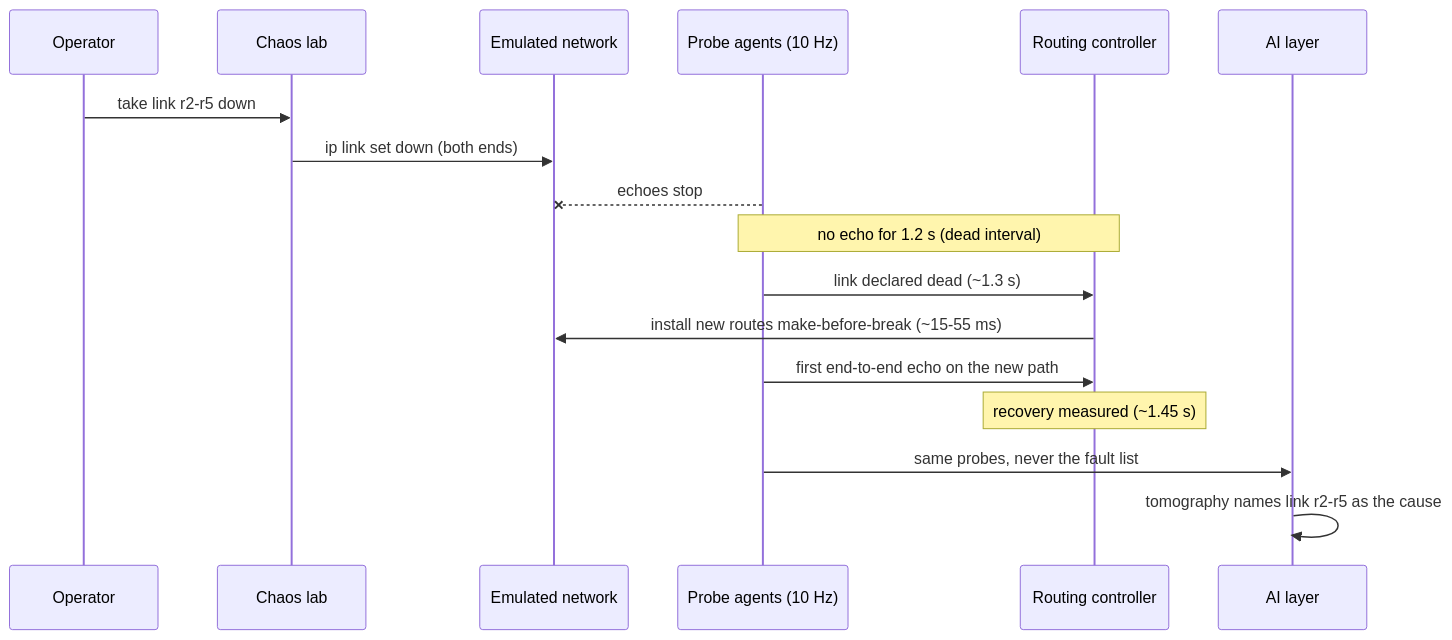
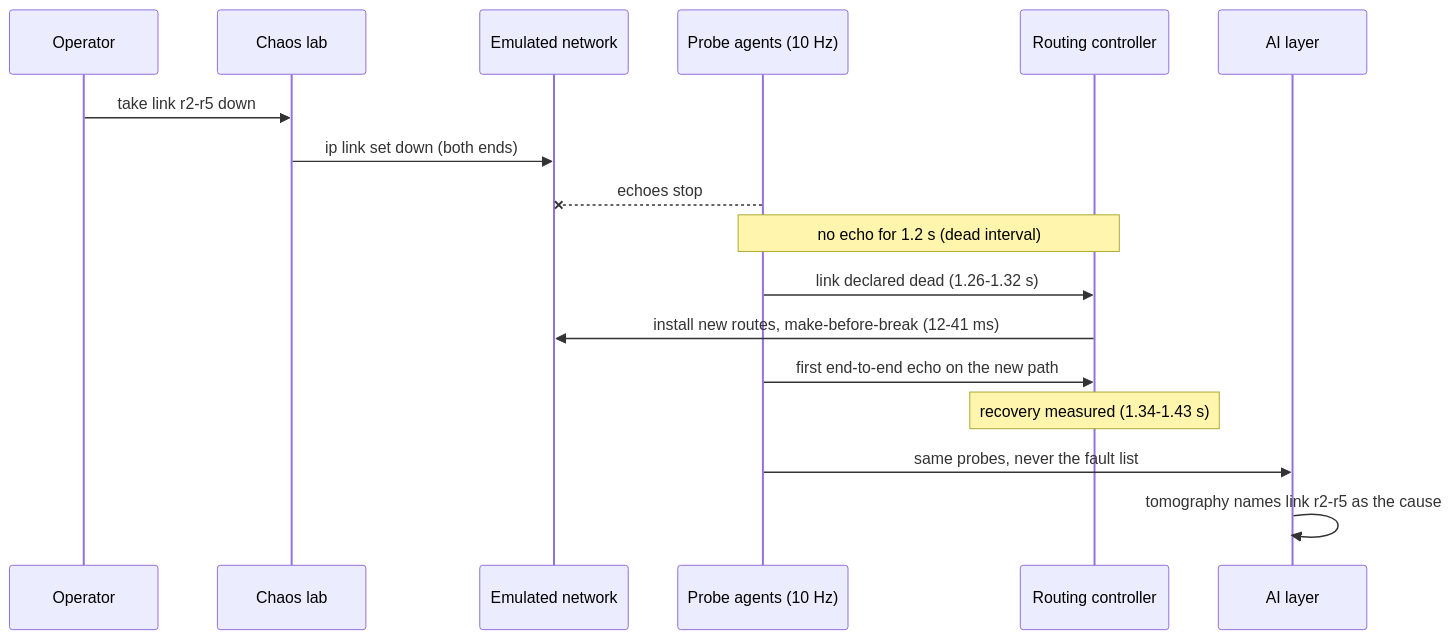
One commit to hrdk6/NETVISTA changed the third of 10 diagrams in README.md. Above: the diagram before and after it, drawn with Mermaid. The commit also changed other lines of this file, not shown here.

First line of the commit message:
README: fix clipped Mermaid diagrams on GitHub, redraw the architecture, add two diagrams

````diff
--- a/README.md
+++ b/README.md
@@ -127,19 +140,19 @@
 ```mermaid
 sequenceDiagram
     participant U as Operator
     participant C as Chaos lab
     participant N as Emulated network
     participant P as Probe agents (10 Hz)
     participant R as Routing controller
     participant A as AI layer
     U->>C: take link r2-r5 down
     C->>N: ip link set down (both ends)
     P--xN: echoes stop
     Note over P,R: no echo for 1.2 s (dead interval)
-    P->>R: link declared dead (~1.3 s)
-    R->>N: install new routes make-before-break (~15-55 ms)
+    P->>R: link declared dead (1.26-1.32 s)
+    R->>N: install new routes, make-before-break (12-41 ms)
     P->>R: first end-to-end echo on the new path
-    Note over R: recovery measured (~1.45 s)
+    Note over R: recovery measured (1.34-1.43 s)
     P->>A: same probes, never the fault list
     A->>A: tomography names link r2-r5 as the cause
 ```
````
